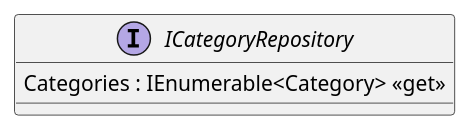
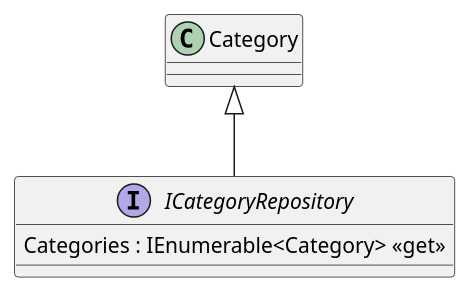
The diagram in CarAndGo/Data/Interfaces/ICategoryRepository.puml (daniel2IT/CarAndGoWebApp), drawn with PlantUML before and after one commit. The commit also changed 16 other files, not shown here.

```diff
--- a/CarAndGo/Data/Interfaces/ICategoryRepository.puml
+++ b/CarAndGo/Data/Interfaces/ICategoryRepository.puml
@@ -1,5 +1,6 @@
 @startuml
 interface ICategoryRepository {
     Categories : IEnumerable<Category> <<get>>
 }
+Category <|-- ICategoryRepository
 @enduml
```
